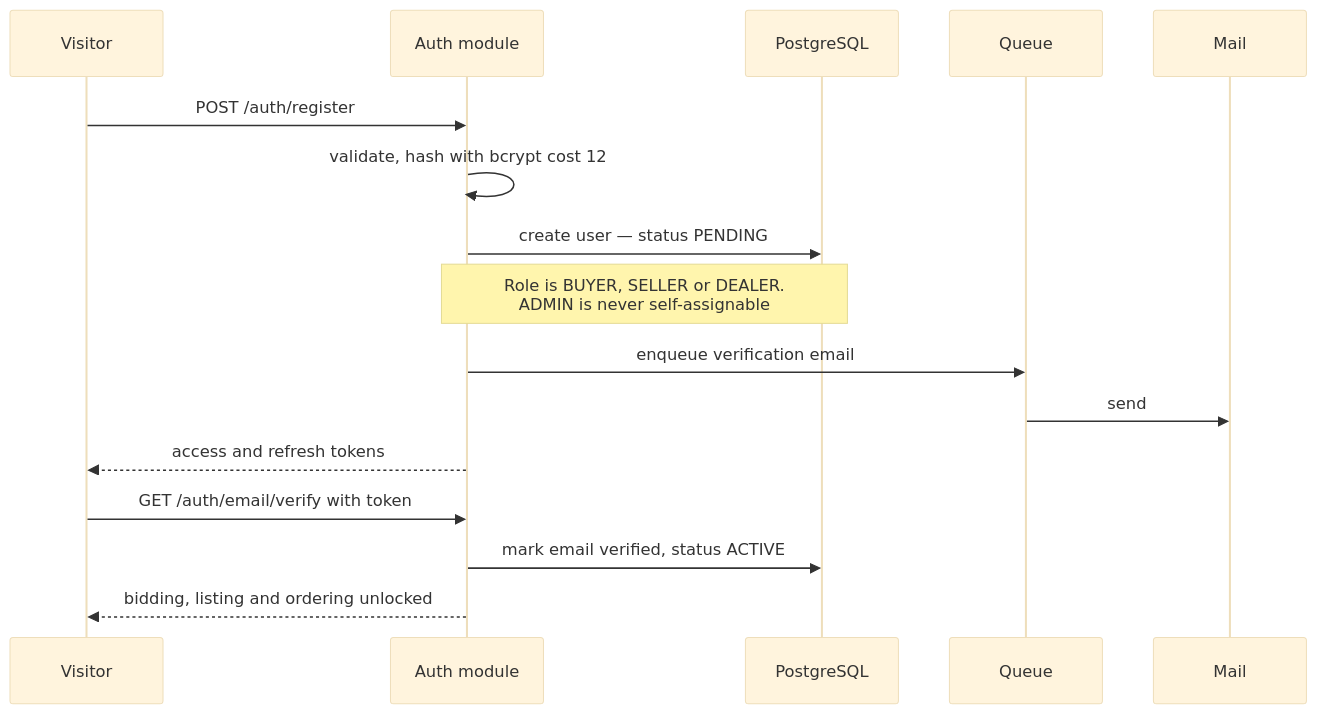
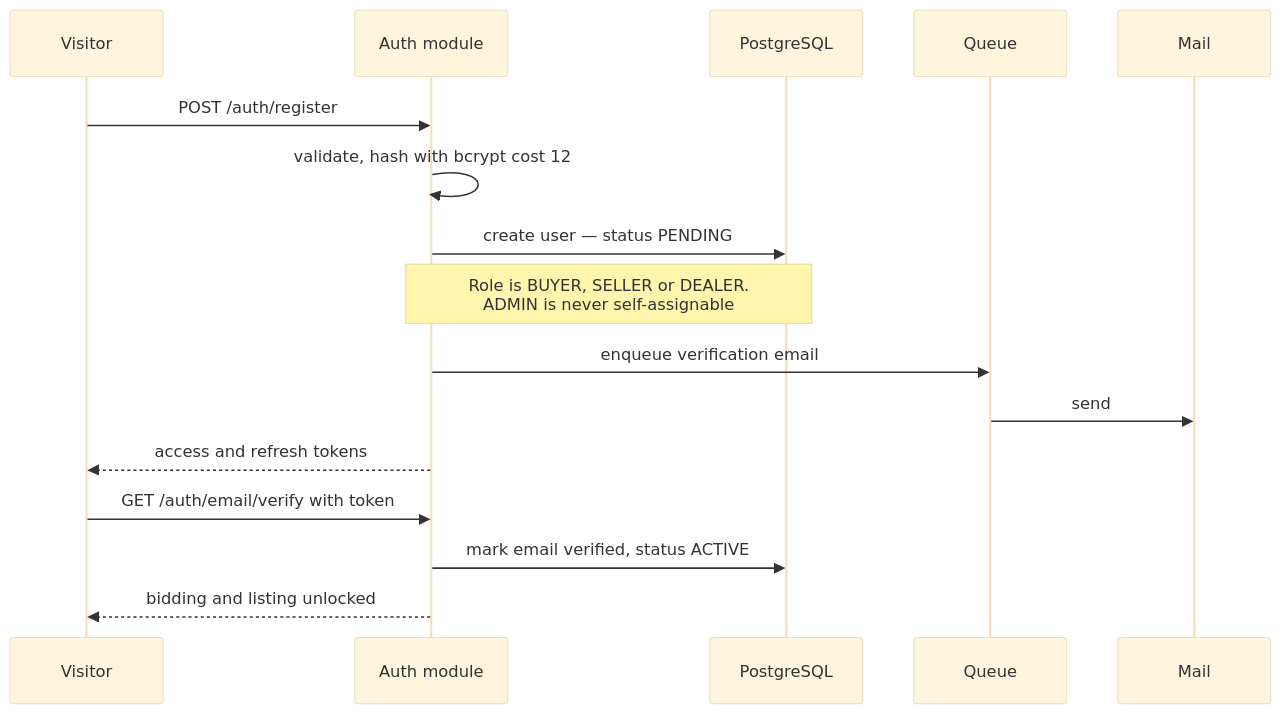
One commit to MohammadZakariaDehghani/Vintrax changed the eighth of 19 diagrams in documentation/transaction-flow.md. Above: the diagram before and after it, drawn with Mermaid (base theme). The commit also changed other lines of this file and 39 other files, not shown here.

````diff
--- a/documentation/transaction-flow.md
+++ b/documentation/transaction-flow.md
@@ -332,20 +316,20 @@
 ```mermaid
 sequenceDiagram
     participant U as Visitor
     participant API as Auth module
     participant DB as PostgreSQL
     participant Q as Queue
     participant M as Mail
 
     U->>API: POST /auth/register
     API->>API: validate, hash with bcrypt cost 12
     API->>DB: create user — status PENDING
     Note over API,DB: Role is BUYER, SELLER or DEALER.<br/>ADMIN is never self-assignable
     API->>Q: enqueue verification email
     Q->>M: send
     API-->>U: access and refresh tokens
 
     U->>API: GET /auth/email/verify with token
     API->>DB: mark email verified, status ACTIVE
-    API-->>U: bidding, listing and ordering unlocked
+    API-->>U: bidding and listing unlocked
 ```
````
